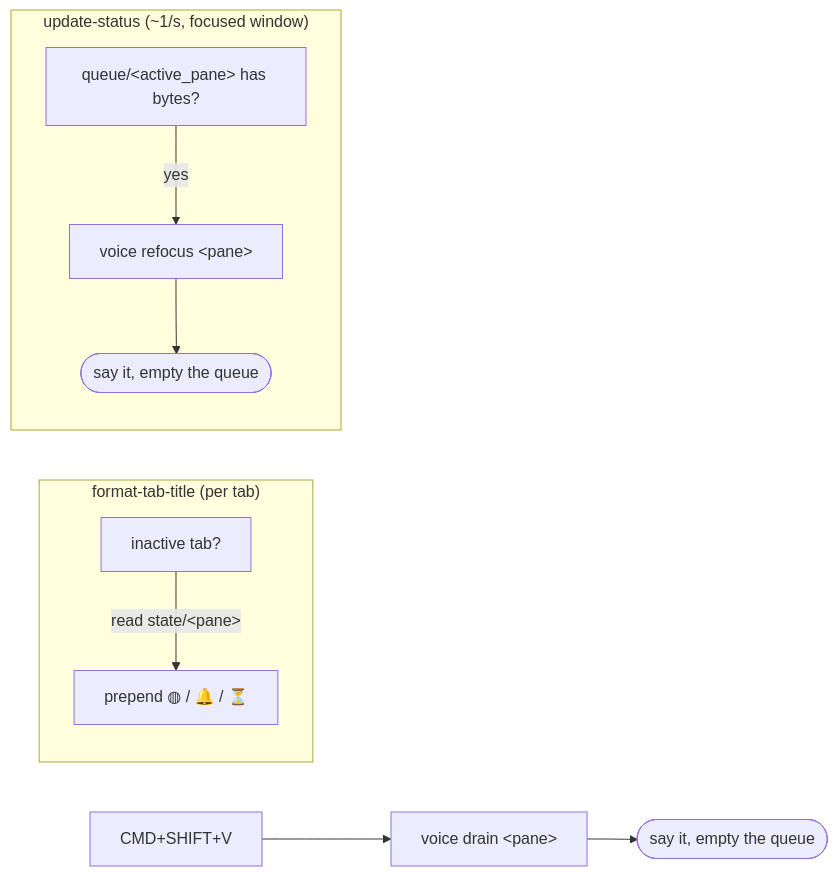
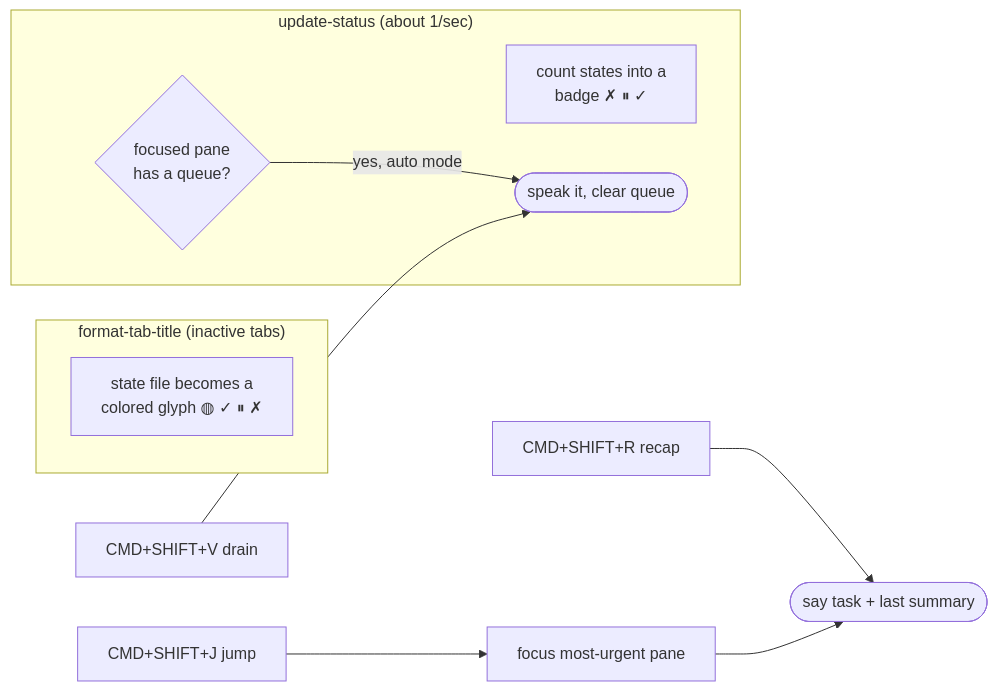
Before and after one commit to Louis-Mascari/aloud: the second of 2 diagrams in docs/architecture.md, drawn with Mermaid. The commit also changed other lines of this file and 12 other files, not shown here.

Commit message:
v2: 4-state colored glyphs + needs-you badge + jump/recap triage; session cleanup, error state, task/last recap; fix wrong-pane speech, stale glyphs, bash-3.2 multibyte

````diff
--- a/docs/architecture.md
+++ b/docs/architecture.md
@@ -30,11 +37,13 @@
 ```mermaid
 flowchart LR
-    subgraph render["format-tab-title (per tab)"]
-        R["inactive tab?"] -->|read state/&lt;pane&gt;| G["prepend ◍ / 🔔 / ⏳"]
+    subgraph tab["format-tab-title (inactive tabs)"]
+        G["state file becomes a<br/>colored glyph ◍ ✓ ⏸ ✗"]
     end
-    subgraph tick["update-status (~1/s, focused window)"]
-        T["queue/&lt;active_pane&gt; has bytes?"] -->|yes| RF["voice refocus &lt;pane&gt;"]
-        RF --> SP(["say it, empty the queue"])
+    subgraph bar["update-status (about 1/sec)"]
+        B["count states into a<br/>badge ✗ ⏸ ✓"]
+        F{"focused pane<br/>has a queue?"} -->|"yes, auto mode"| SP(["speak it, clear queue"])
     end
-    K["CMD+SHIFT+V"] --> DR["voice drain &lt;pane&gt;"] --> SP2(["say it, empty the queue"])
+    K1["CMD+SHIFT+V drain"] --> SP
+    K2["CMD+SHIFT+R recap"] --> RC(["say task + last summary"])
+    K3["CMD+SHIFT+J jump"] --> J["focus most-urgent pane"] --> RC
 ```
````
